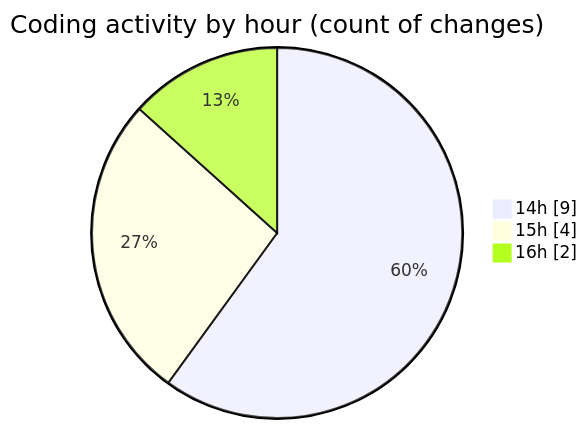
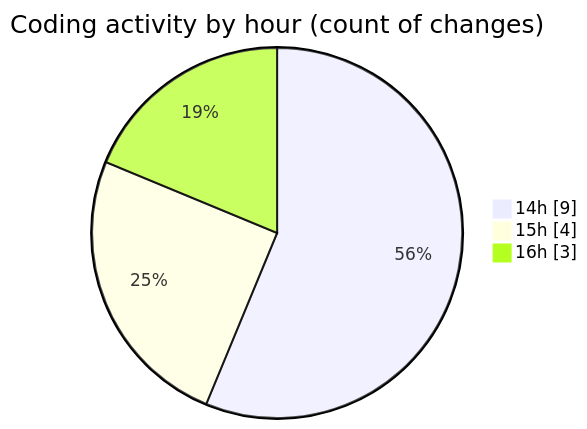
Before and after one commit to JenPaints/code-tracking: the second of 2 diagrams in 2025-05-28/kimberly-groups/README.md, drawn with Mermaid. The commit also changed other lines of this file and 1 other file, not shown here.

````diff
--- a/2025-05-28/kimberly-groups/README.md
+++ b/2025-05-28/kimberly-groups/README.md
@@ -33,7 +33,7 @@
 ```mermaid
 pie showData
 title Coding activity by hour (count of changes)
 "14h" : 9
 "15h" : 4
-"16h" : 2
+"16h" : 3
 ```
````
